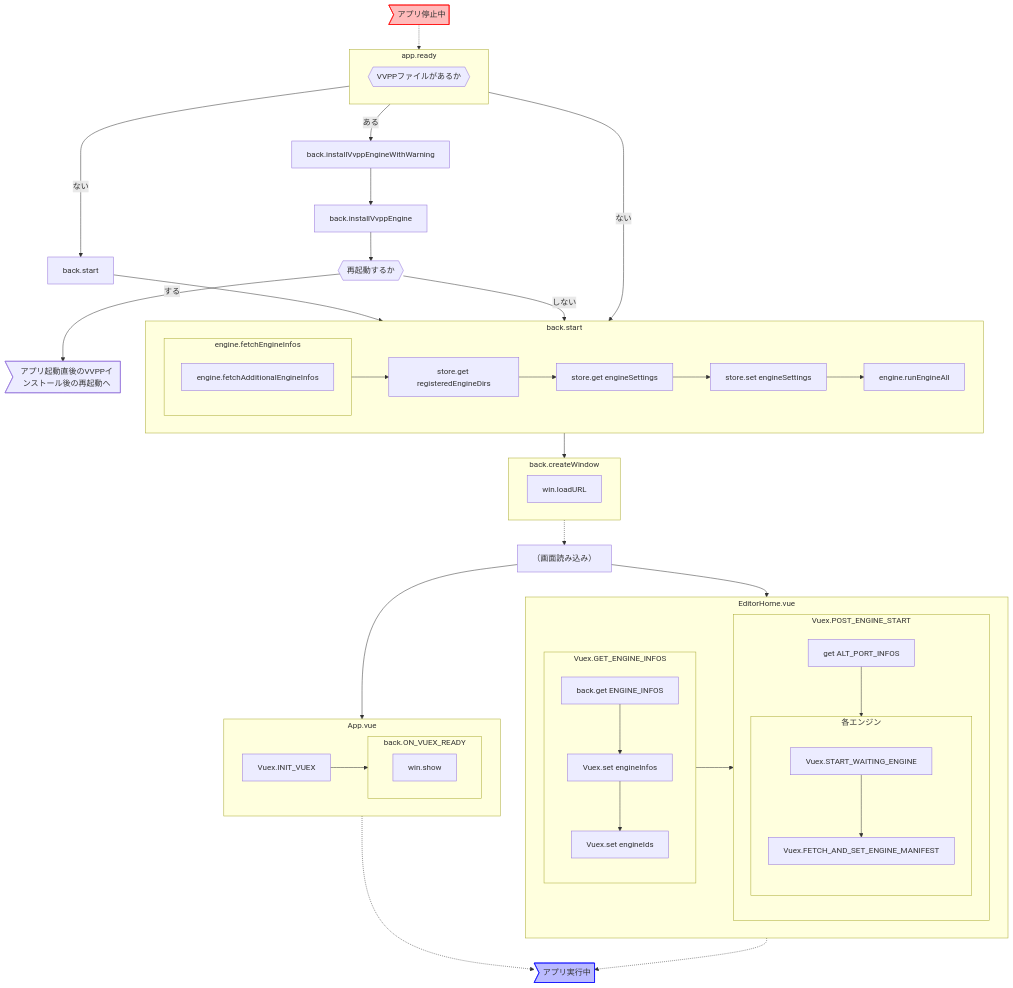
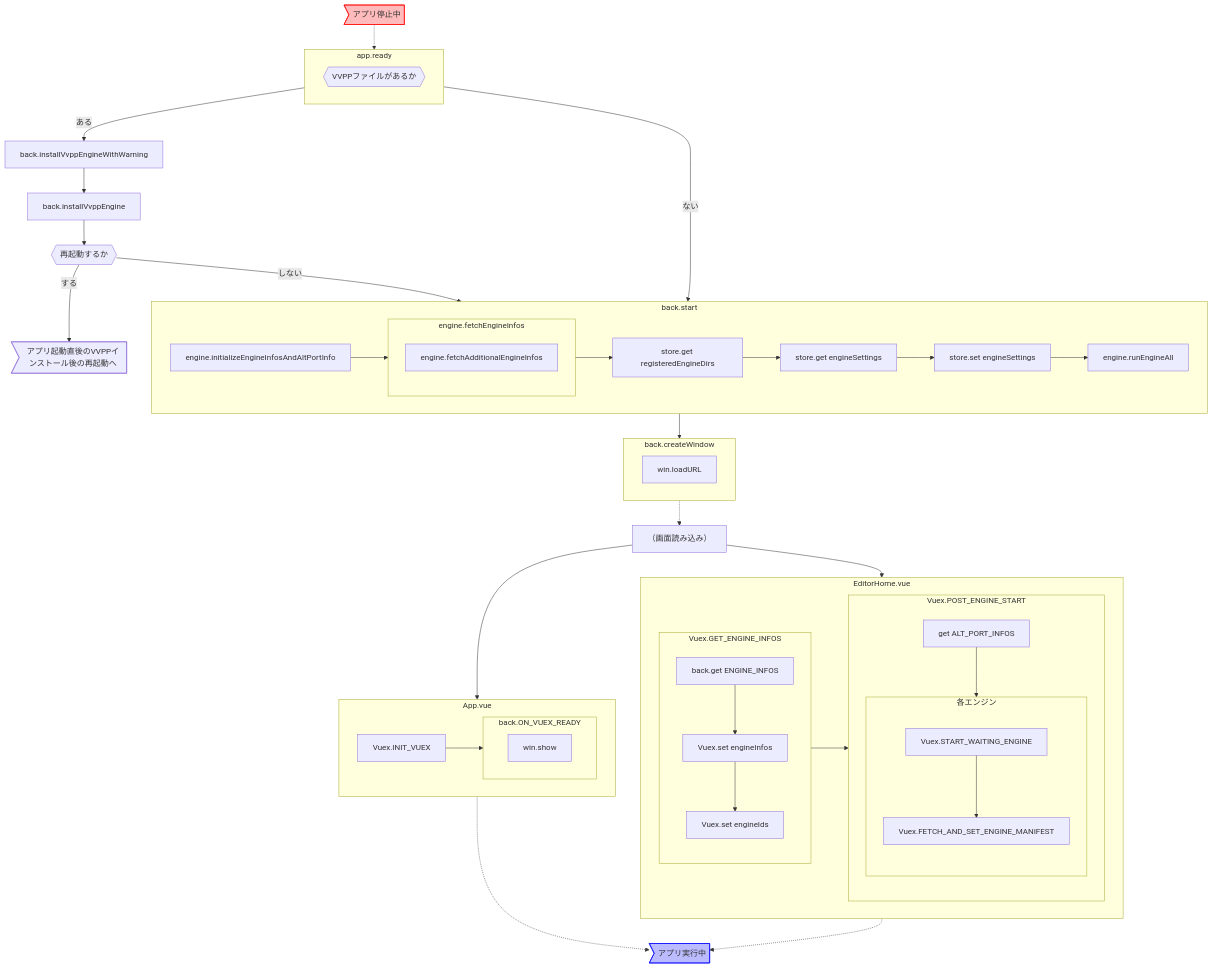
One commit to VOICEVOX/voicevox changed the diagram in docs/res/起動シーケンス図.md. Above: the diagram before and after it, drawn with Mermaid.

Commit message:
#1352 の反映

````diff
--- a/docs/res/起動シーケンス図.md
+++ b/docs/res/起動シーケンス図.md
@@ -3,54 +3,53 @@
 ```mermaid
 flowchart
   174170["back.installVvppEngineWithWarning"] --> 786961["back.installVvppEngine"]
   786961 --> 409576{{"再起動するか"}}
   409576 -->|"する"| 173803>"アプリ起動直後のVVPPインストール後の再起動へ"]
-  358108["back.start"] --> 389651["back.start"]
   764022["（画面読み込み）"] --> 698565["App.vue"]
   764022 --> 332024["EditorHome.vue"]
-  389651 --> 733212["back.createWindow"]
+  389651["back.start"] --> 733212["back.createWindow"]
   733212 -.-> 764022
   448821>"アプリ停止中"] -.-> 430173["app.ready"]
   style 448821 fill:#ffbbbb,stroke:#ff0000
-  430173 -->|"ない"| 358108
   430173 -->|"ある"| 174170
   409576 -->|"しない"| 389651
   430173 -->|"ない"| 389651
   698565 -.-> 704891>"アプリ実行中"]
   style 704891 fill:#bbbbff,stroke:#0000ff
   332024 -.-> 704891
   subgraph 332024["EditorHome.vue"]
     709863["Vuex.GET_ENGINE_INFOS"] --> 773040["Vuex.POST_ENGINE_START"]
     subgraph 773040["Vuex.POST_ENGINE_START"]
       970396["get ALT_PORT_INFOS"] --> 467527["各エンジン"]
       subgraph 467527["各エンジン"]
         592206["Vuex.START_WAITING_ENGINE"] --> 799767["Vuex.FETCH_AND_SET_ENGINE_MANIFEST"]
       end
     end
     subgraph 709863["Vuex.GET_ENGINE_INFOS"]
       807081["back.get ENGINE_INFOS"] --> 423649["Vuex.set engineInfos"]
       423649 --> 623418["Vuex.set engineIds"]
     end
   end
   subgraph 389651["back.start"]
     250263["store.get engineSettings"] --> 222321["store.set engineSettings"]
     870482["store.get registeredEngineDirs"] --> 250263
     222321 --> 967432["engine.runEngineAll"]
     656570["engine.fetchEngineInfos"] --> 870482
+    110954["engine.initializeEngineInfosAndAltPortInfo"] --> 656570
     subgraph 656570["engine.fetchEngineInfos"]
       267019["engine.fetchAdditionalEngineInfos"]
     end
   end
   subgraph 430173["app.ready"]
     546251{{"VVPPファイルがあるか"}}
   end
   subgraph 698565["App.vue"]
     646647["Vuex.INIT_VUEX"] --> 632374["back.ON_VUEX_READY"]
     subgraph 632374["back.ON_VUEX_READY"]
       225701["win.show"]
     end
   end
   subgraph 733212["back.createWindow"]
     613440["win.loadURL"]
   end
 ```
````
